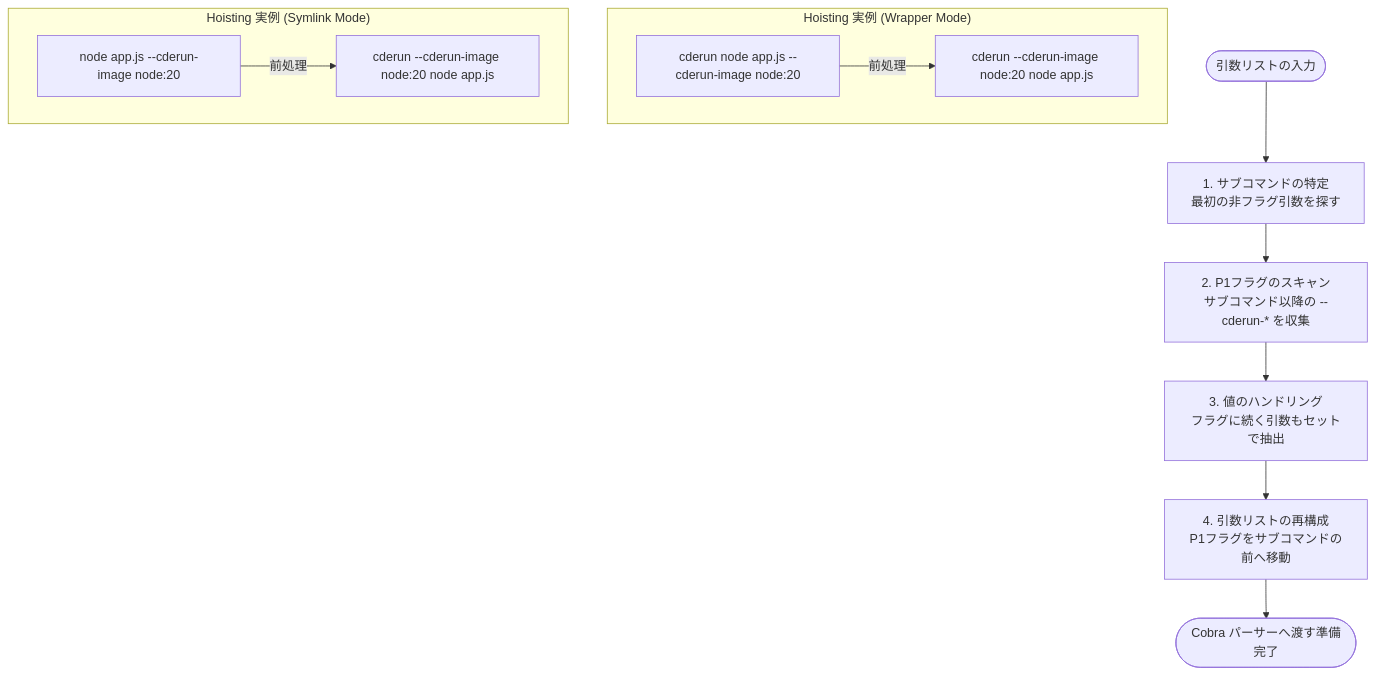
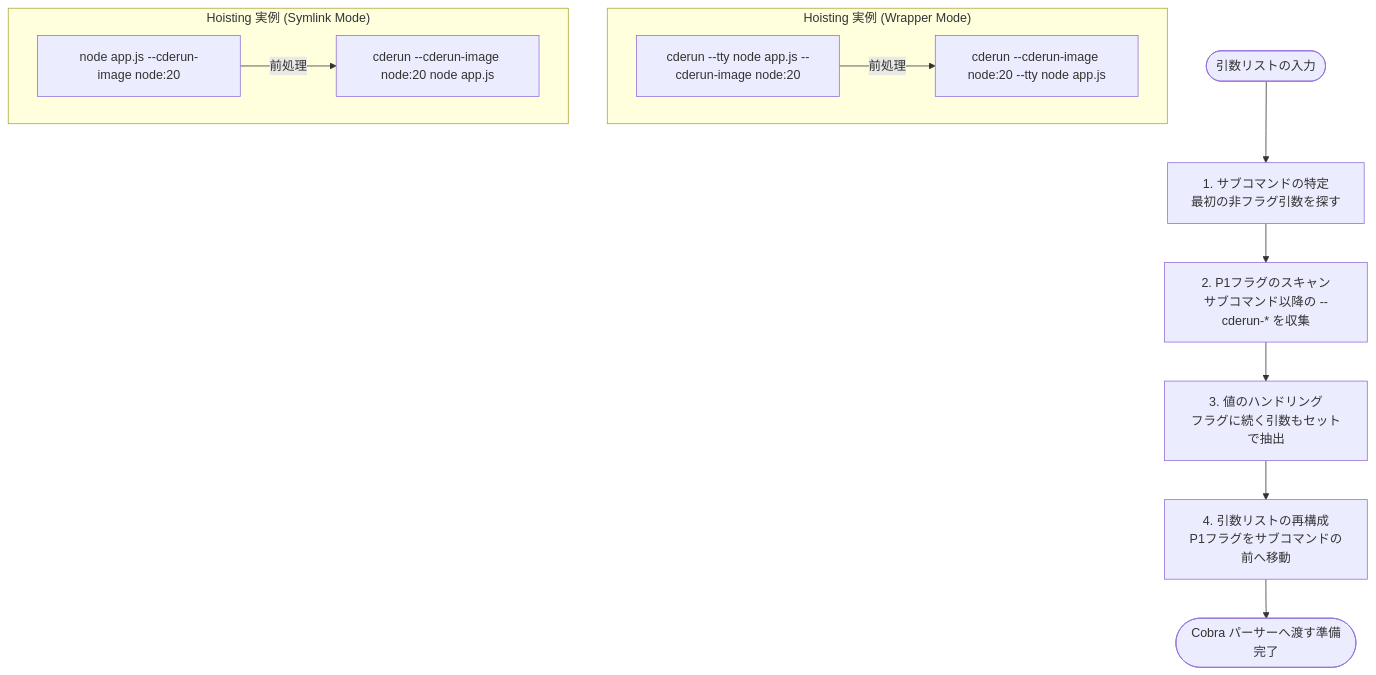
Before and after one commit to Tei1988/cderun: the diagram in docs/features/argument-parsing.md, drawn with Mermaid. The commit also changed other lines of this file and 4 other files, not shown here.

````diff
--- a/docs/features/argument-parsing.md
+++ b/docs/features/argument-parsing.md
@@ -57,20 +57,20 @@
 ```mermaid
 flowchart TD
     Start([引数リストの入力]) --> DetectSubcmd[1. サブコマンドの特定<br/>最初の非フラグ引数を探す]
     DetectSubcmd --> ScanP1[2. P1フラグのスキャン<br/>サブコマンド以降の --cderun-* を収集]
     ScanP1 --> HandleValues[3. 値のハンドリング<br/>フラグに続く引数もセットで抽出]
     HandleValues --> Reconstruct[4. 引数リストの再構成<br/>P1フラグをサブコマンドの前へ移動]
     Reconstruct --> End([Cobra パーサーへ渡す準備完了])
 
     subgraph "Hoisting 実例 (Wrapper Mode)"
-    ExampleInput["cderun node app.js --cderun-image node:20"]
-    ExampleOutput["cderun --cderun-image node:20 node app.js"]
+    ExampleInput["cderun --tty node app.js --cderun-image node:20"]
+    ExampleOutput["cderun --cderun-image node:20 --tty node app.js"]
     ExampleInput -- 前処理 --> ExampleOutput
     end
 
     subgraph "Hoisting 実例 (Symlink Mode)"
     SymlinkInput["node app.js --cderun-image node:20"]
     SymlinkOutput["cderun --cderun-image node:20 node app.js"]
     SymlinkInput -- 前処理 --> SymlinkOutput
     end
 ```
````
